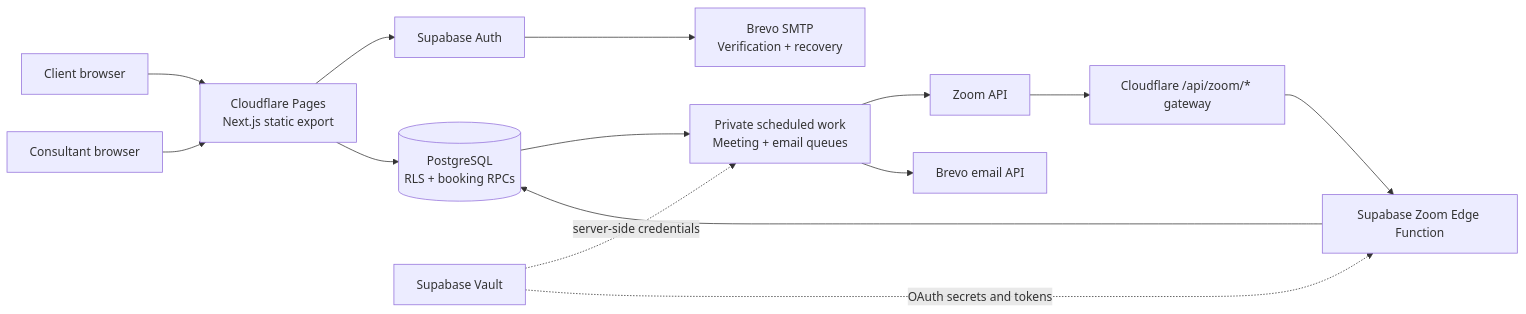
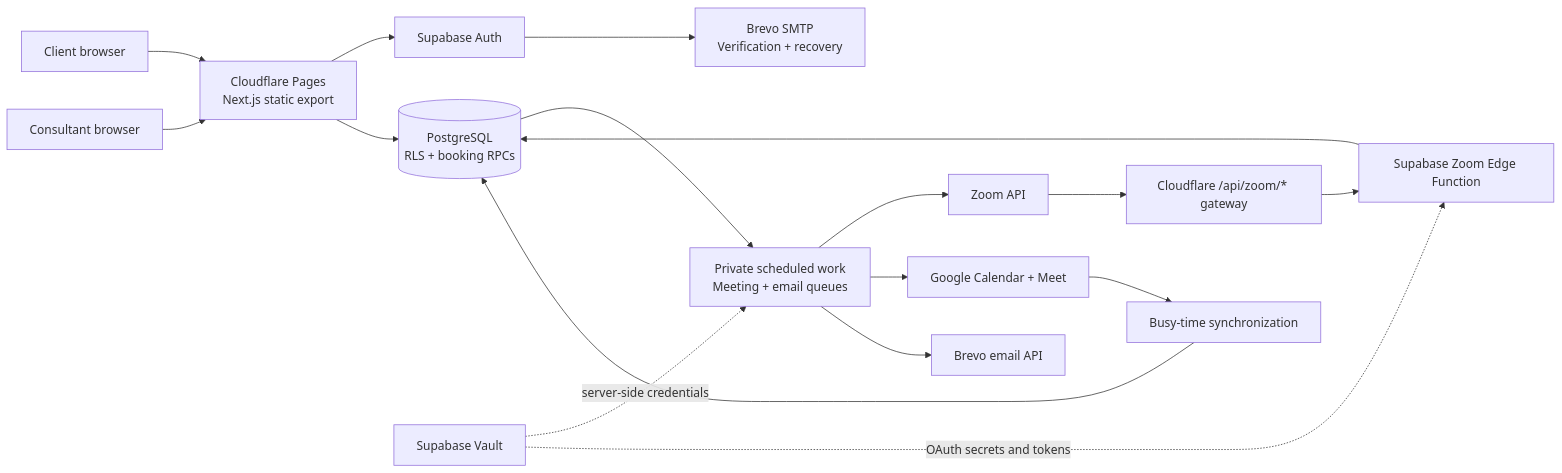
One commit to taylordrew4u2/BriefBooth.com changed the first of 2 diagrams in README.md. Above: the diagram before and after it, drawn with Mermaid. The commit also changed other lines of this file and 5 other files, not shown here.

````diff
--- a/README.md
+++ b/README.md
@@ -94,16 +109,19 @@
 ```mermaid
 flowchart LR
     Client[Client browser] --> Pages[Cloudflare Pages\nNext.js static export]
     Consultant[Consultant browser] --> Pages
     Pages --> Auth[Supabase Auth]
     Pages --> DB[(PostgreSQL\nRLS + booking RPCs)]
     DB --> Queue[Private scheduled work\nMeeting + email queues]
     Queue --> Zoom[Zoom API]
+    Queue --> Google[Google Calendar + Meet]
+    Google --> Busy[Busy-time synchronization]
+    Busy --> DB
     Queue --> Brevo[Brevo email API]
     Auth --> SMTP[Brevo SMTP\nVerification + recovery]
     Zoom --> Gateway[Cloudflare /api/zoom/* gateway]
     Gateway --> Edge[Supabase Zoom Edge Function]
     Edge --> DB
     Vault[Supabase Vault] -. server-side credentials .-> Queue
     Vault -. OAuth secrets and tokens .-> Edge
 ```
````
